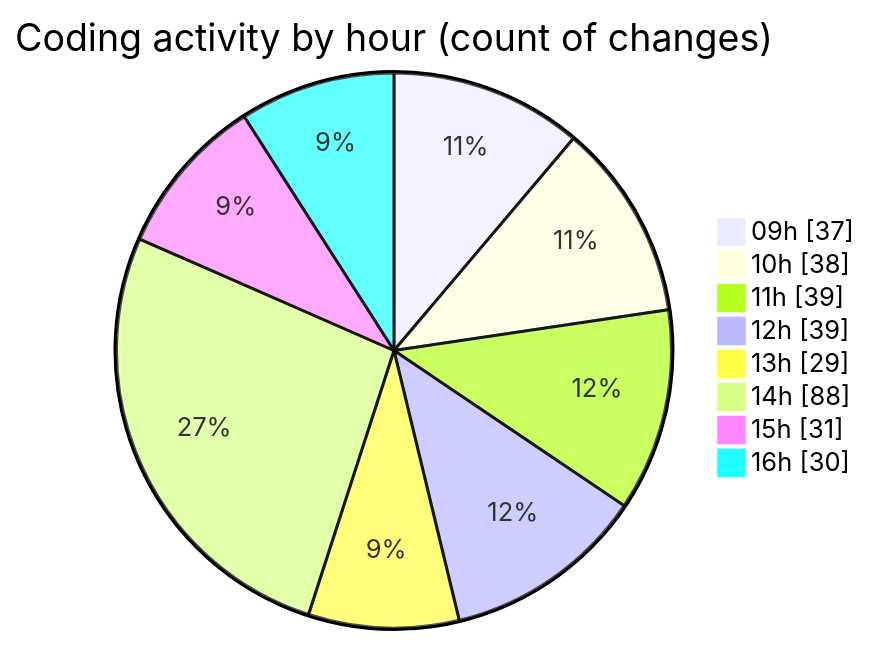
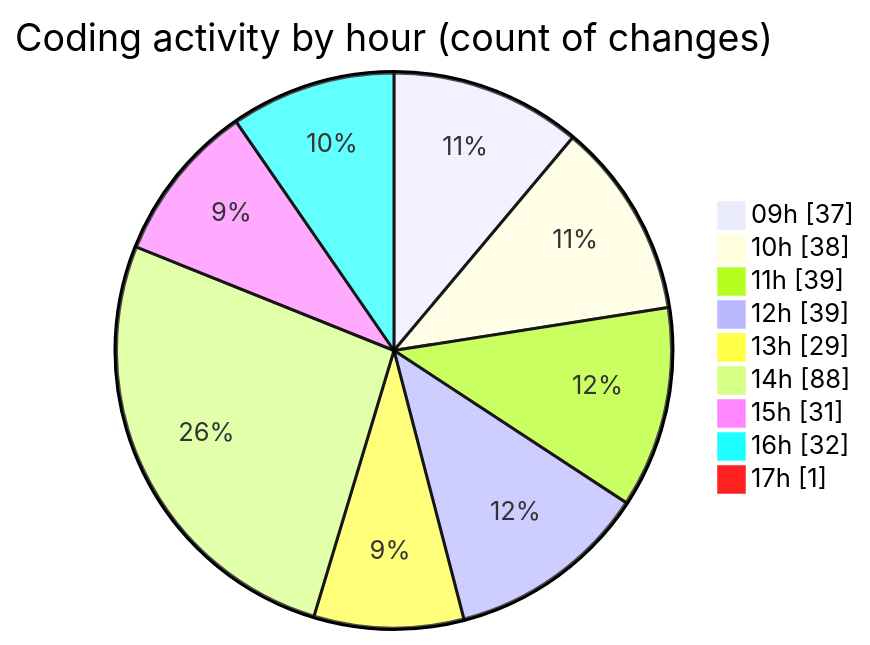
One commit to momahboobian/code-tracking changed the second of 2 diagrams in 2025-02-12/cda/README.md. Above: the diagram before and after it, drawn with Mermaid. The commit also changed other lines of this file and 1 other file, not shown here.

````diff
--- a/2025-02-12/cda/README.md
+++ b/2025-02-12/cda/README.md
@@ -54,12 +54,13 @@
 ```mermaid
 pie showData
 title Coding activity by hour (count of changes)
 "09h" : 37
 "10h" : 38
 "11h" : 39
 "12h" : 39
 "13h" : 29
 "14h" : 88
 "15h" : 31
-"16h" : 30
+"16h" : 32
+"17h" : 1
 ```
````
